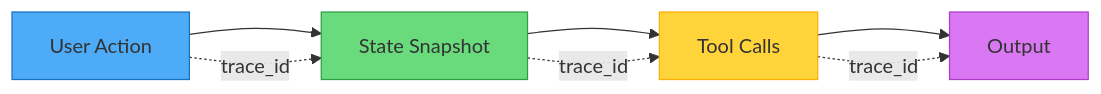
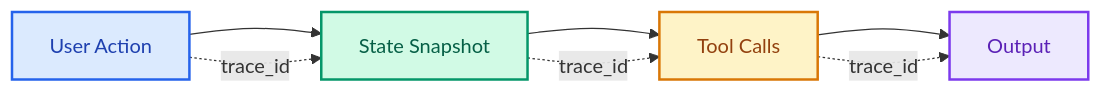
Before and after one commit to whoisrade/agentic-field-manual: the second of 2 diagrams in 01-failure-modes/legibility-loss.md, drawn with Mermaid. The commit also changed other lines of this file and 18 other files, not shown here.

Commit message:
refine mermaid diagrams with enterprise color palette

````diff
--- a/01-failure-modes/legibility-loss.md
+++ b/01-failure-modes/legibility-loss.md
@@ -86,15 +87,15 @@
 ```mermaid
 flowchart LR
-    A[User Action] --> B[State Snapshot]
-    B --> C[Tool Calls]
-    C --> D[Output]
+    A["User Action"] --> B["State Snapshot"]
+    B --> C["Tool Calls"]
+    C --> D["Output"]
     
-    A -.->|trace_id| B
-    B -.->|trace_id| C
-    C -.->|trace_id| D
+    A -.->|"trace_id"| B
+    B -.->|"trace_id"| C
+    C -.->|"trace_id"| D
     
-    style A fill:#4dabf7,stroke:#1971c2
-    style B fill:#69db7c,stroke:#2f9e44
-    style C fill:#ffd43b,stroke:#fab005
-    style D fill:#da77f2,stroke:#ae3ec9
+    style A fill:#dbeafe,stroke:#2563eb,stroke-width:2px,color:#1e40af
+    style B fill:#d1fae5,stroke:#059669,stroke-width:2px,color:#065f46
+    style C fill:#fef3c7,stroke:#d97706,stroke-width:2px,color:#92400e
+    style D fill:#ede9fe,stroke:#7c3aed,stroke-width:2px,color:#5b21b6
 ```
````
